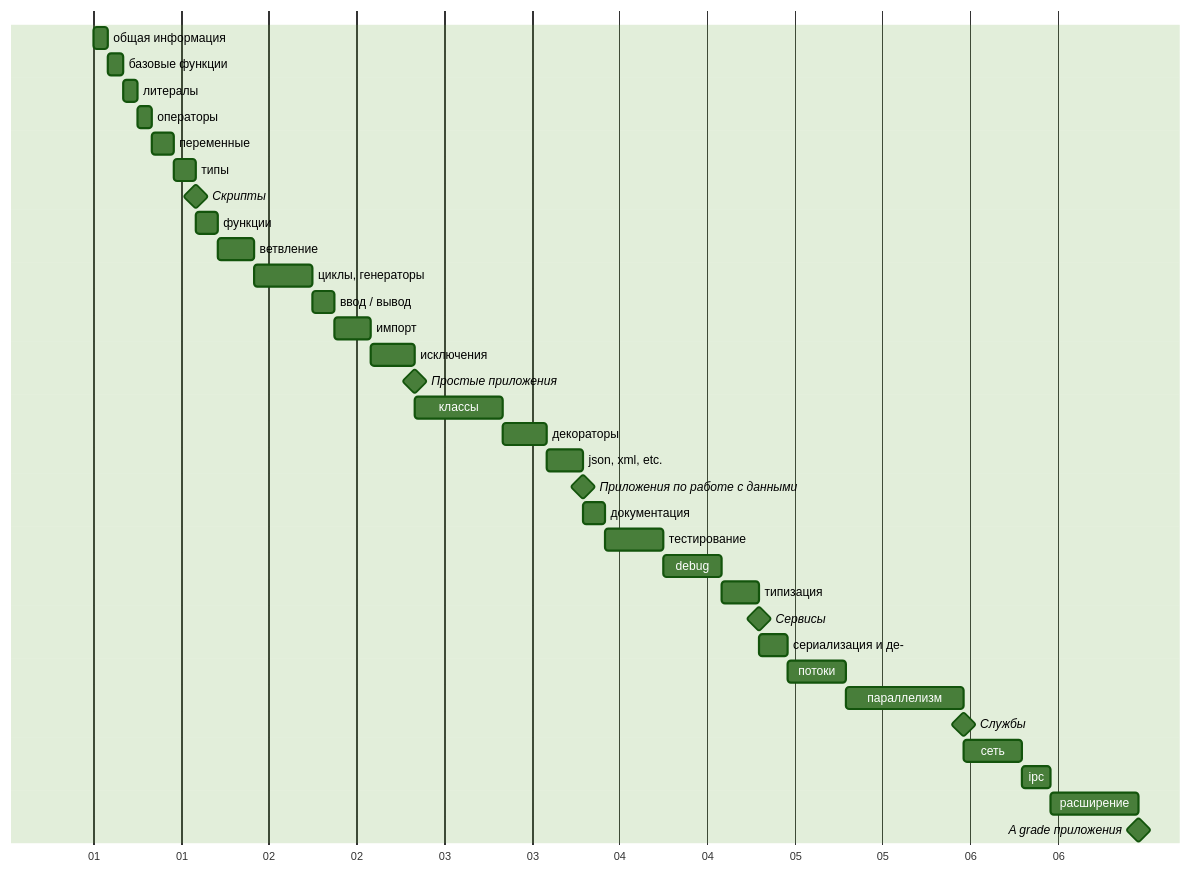
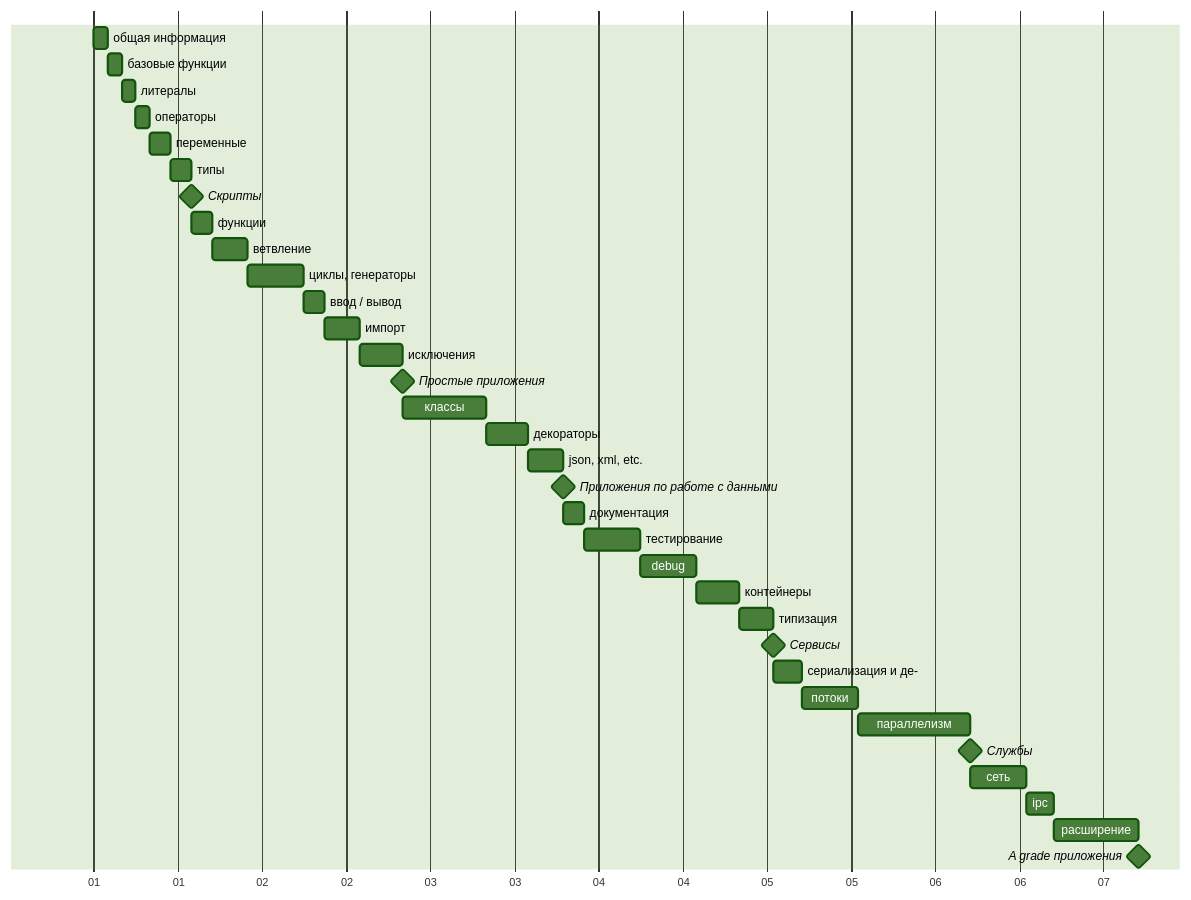
Before and after one commit to maxja/pythonic: the diagram in README.ru.md, drawn with Mermaid. The commit also changed other lines of this file, not shown here.

````diff
--- a/README.ru.md
+++ b/README.ru.md
@@ -28,39 +28,40 @@
 ```mermaid
 %%{init: {'theme':'forest'}}%%
 gantt
   dateFormat off
   axisFormat %d
   todayMarker off
 
   общая информация      :general,    0, 2h
   базовые функции       :basic,      after general, 2h
   литералы              :literals,   after basic, 2h
   операторы             :operators,  after literals, 2h
   переменные            :var_const,  after operators, 3h
   типы                  :types,      after var_const, 3h
   Скрипты :milestone, m1
   функции               :def,        after types, 3h
   ветвление             :branching,  after def, 5h
   циклы, генераторы     :loops,      after branching, 8h
   ввод / вывод          :io,         after loops, 3h
   импорт                :import,     after io, 5h
   исключения            :exceptions, after import, 6h
   Простые приложения :milestone, m2
   классы                :class,      after exceptions, 12h
   декораторы            :decorators, after class, 6h
   json, xml, etc.       :file_formats, after decorators, 5h
   Приложения по работе с данными :milestone, m3
   документация          :docs,       after file_formats, 3h
   тестирование          :testing,    after docs, 8h
   debug                 :debug,      after testing, 8h
-  типизация             :type_system, after debug, 5h
+  контейнеры            :containers, after debug, 6h
+  типизация             :type_system, after containers, 5h
   Сервисы :milestone, m4
   сериализация и де-    :serialization, after type_system, 4h
   потоки                :streams, after serialization, 8h
   параллелизм           :concurrency, after streams, 16h
   Службы :milestone, m5
   сеть                  :net, after concurrency, 8h
   ipc                   :ipc, after net, 4h
   расширение            :extensions, after ipc, 12h
   A grade приложения :milestone, m6
 ```
````
